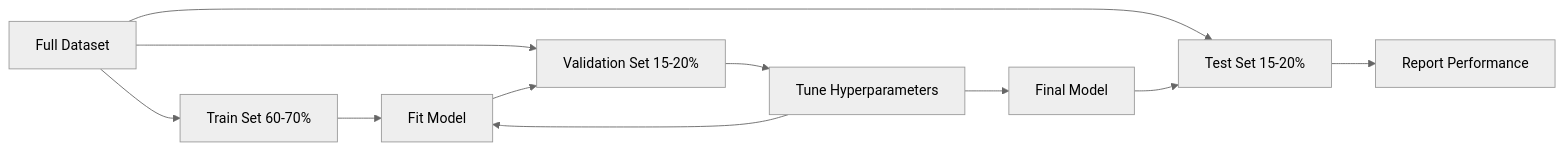
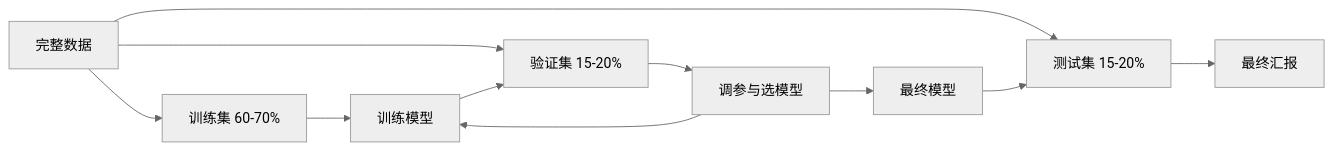
Before and after one commit to omigaZen/ai-engineering-from-scratch: the diagram in phases/02-ml-fundamentals/09-model-evaluation/docs/zh.md, drawn with Mermaid (neutral theme). The commit also changed other lines of this file, not shown here.

````diff
--- a/phases/02-ml-fundamentals/09-model-evaluation/docs/zh.md
+++ b/phases/02-ml-fundamentals/09-model-evaluation/docs/zh.md
@@ -49,13 +31,13 @@
 ```mermaid
 flowchart LR
-    A[Full Dataset] --> B[Train Set 60-70%]
-    A --> C[Validation Set 15-20%]
-    A --> D[Test Set 15-20%]
-    B --> E[Fit Model]
+    A[完整数据] --> B[训练集 60-70%]
+    A --> C[验证集 15-20%]
+    A --> D[测试集 15-20%]
+    B --> E[训练模型]
     E --> C
-    C --> F[Tune Hyperparameters]
+    C --> F[调参与选模型]
     F --> E
-    F --> G[Final Model]
+    F --> G[最终模型]
     G --> D
-    D --> H[Report Performance]
+    D --> H[最终汇报]
 ```
````
